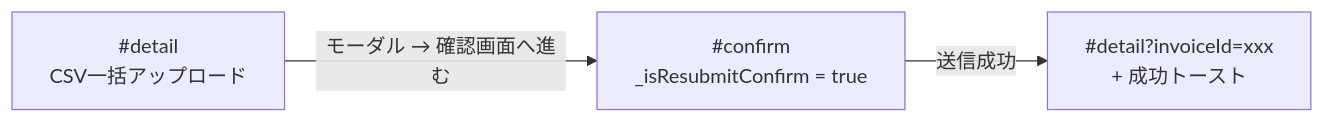
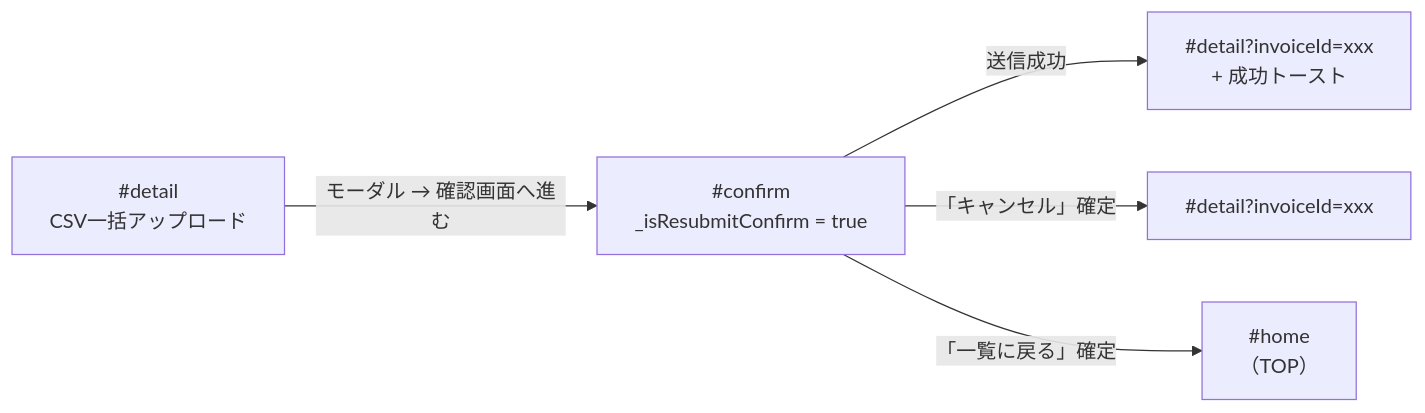
One commit to USEN-PAY-Products/connect-wholesale-gas-poc changed the fourth of 6 diagrams in docs/specifications/03_confirm_page.md. Above: the diagram before and after it, drawn with Mermaid. The commit also changed other lines of this file and 2 other files, not shown here.

````diff
--- a/docs/specifications/03_confirm_page.md
+++ b/docs/specifications/03_confirm_page.md
@@ -196,5 +196,7 @@
 ```mermaid
 flowchart LR
     DETAIL["#detail\nCSV一括アップロード"] -->|モーダル → 確認画面へ進む| CONFIRM["#confirm\n_isResubmitConfirm = true"]
     CONFIRM -->|送信成功| DETAIL2["#detail?invoiceId=xxx\n+ 成功トースト"]
+    CONFIRM -->|「キャンセル」確定| DETAIL3["#detail?invoiceId=xxx"]
+    CONFIRM -->|「一覧に戻る」確定| HOME["#home\n（TOP）"]
 ```
````
